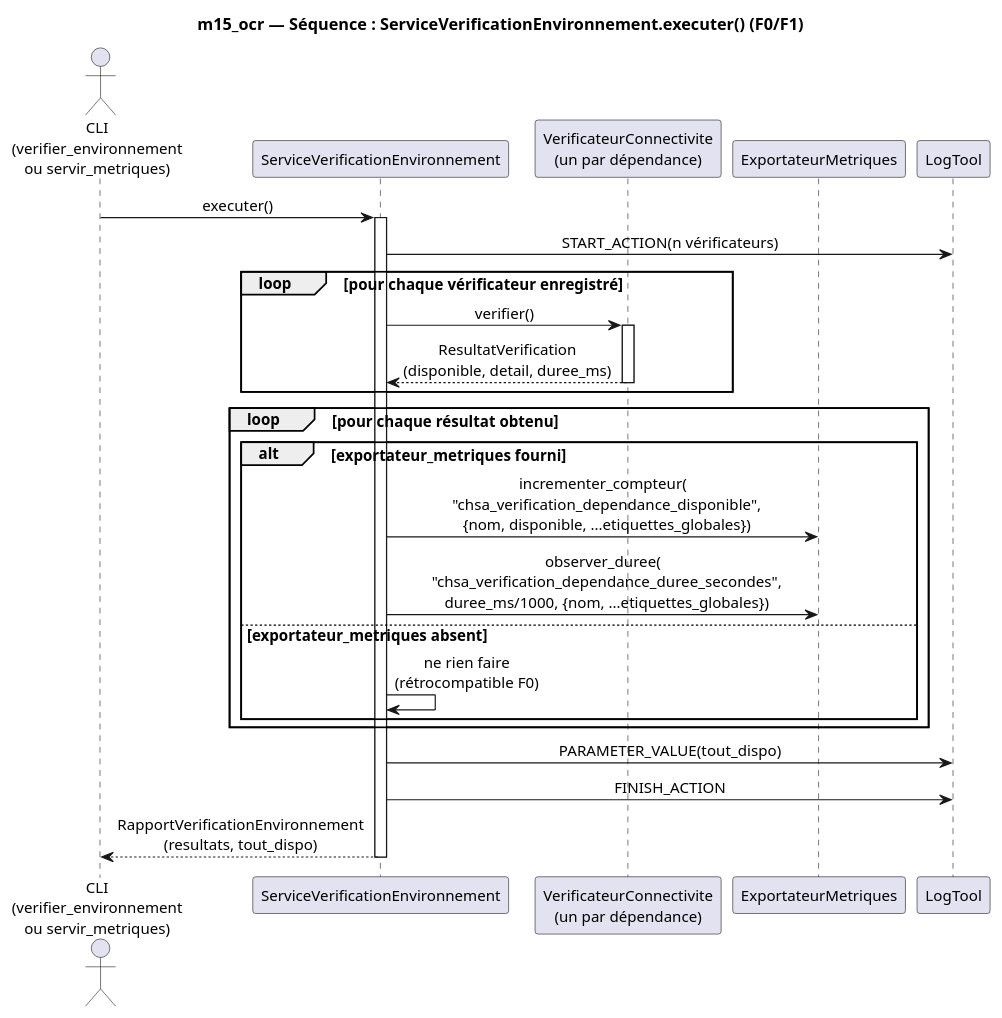
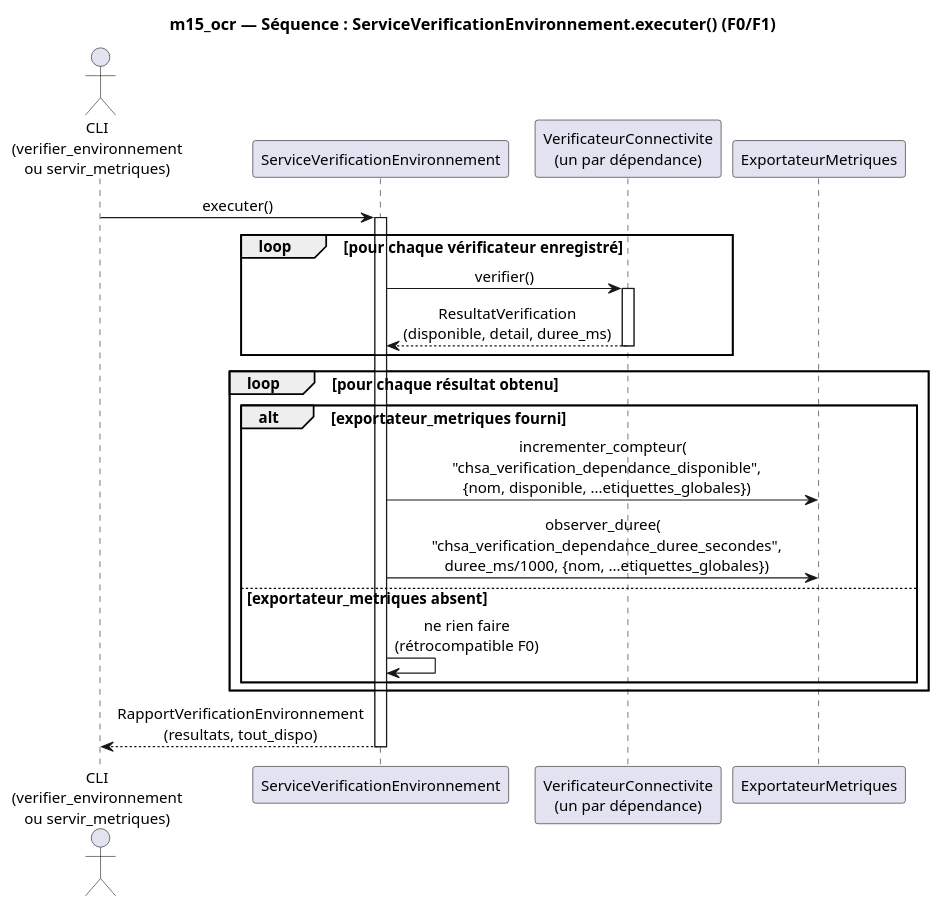
The diagram in docs/diagrams/sequence/sequence_verification_environnement.puml (racemartin/m15_ocr), drawn with PlantUML before and after one commit. The commit also changed 32 other files, not shown here.

Commit message:
docs: corriger le decoupage PDF des diagrammes et retirer LogTool

```diff
--- a/docs/diagrams/sequence/sequence_verification_environnement.puml
+++ b/docs/diagrams/sequence/sequence_verification_environnement.puml
@@ -1,43 +1,37 @@
 @startuml sequence_verification_environnement
 skinparam backgroundColor white
 skinparam defaultFontName Helvetica
 skinparam defaultFontSize 13
 skinparam shadowing false
 skinparam sequenceMessageAlign center
 
 title m15_ocr — Séquence : ServiceVerificationEnvironnement.executer() (F0/F1)
 
 actor "CLI\n(verifier_environnement\nou servir_metriques)" as CLI
 participant "ServiceVerificationEnvironnement" as SERVICE
 participant "VerificateurConnectivite\n(un par dépendance)" as VERIF
 participant "ExportateurMetriques" as METRIQUES
-participant "LogTool" as LOG
 
 CLI -> SERVICE : executer()
 activate SERVICE
-
-SERVICE -> LOG : START_ACTION(n vérificateurs)
 
 loop pour chaque vérificateur enregistré
   SERVICE -> VERIF : verifier()
   activate VERIF
   VERIF --> SERVICE : ResultatVerification\n(disponible, detail, duree_ms)
   deactivate VERIF
 end
 
 loop pour chaque résultat obtenu
   alt exportateur_metriques fourni
     SERVICE -> METRIQUES : incrementer_compteur(\n  "chsa_verification_dependance_disponible",\n  {nom, disponible, ...etiquettes_globales})
     SERVICE -> METRIQUES : observer_duree(\n  "chsa_verification_dependance_duree_secondes",\n  duree_ms/1000, {nom, ...etiquettes_globales})
   else exportateur_metriques absent
     SERVICE -> SERVICE : ne rien faire\n(rétrocompatible F0)
   end
 end
 
-SERVICE -> LOG : PARAMETER_VALUE(tout_dispo)
-SERVICE -> LOG : FINISH_ACTION
-
 SERVICE --> CLI : RapportVerificationEnvironnement\n(resultats, tout_dispo)
 deactivate SERVICE
 
 @enduml
```
